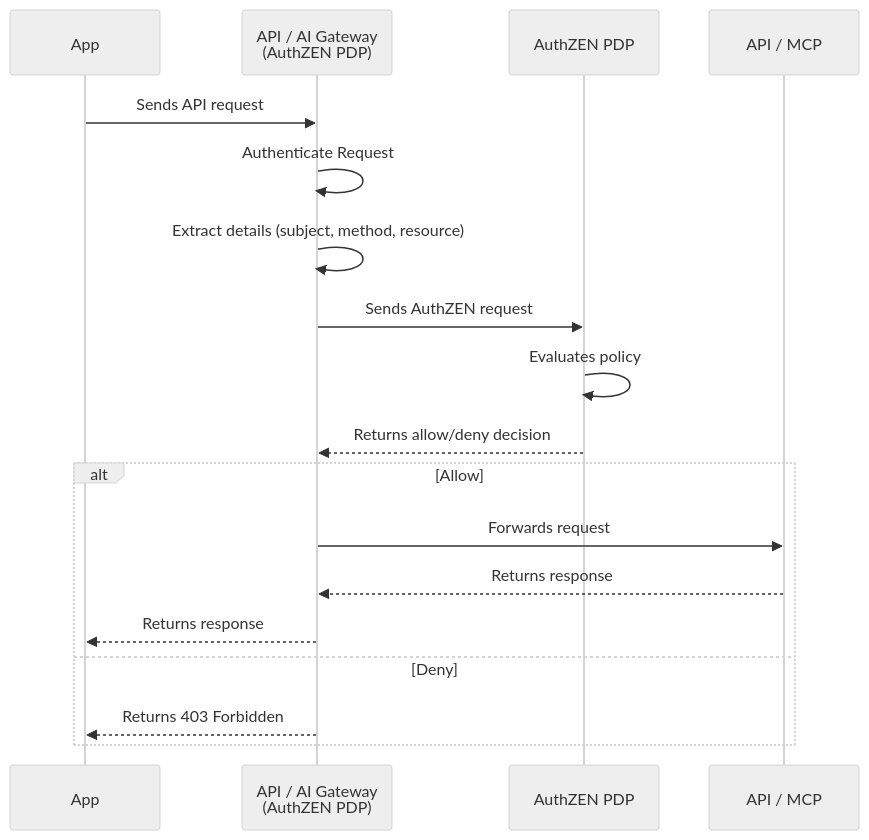
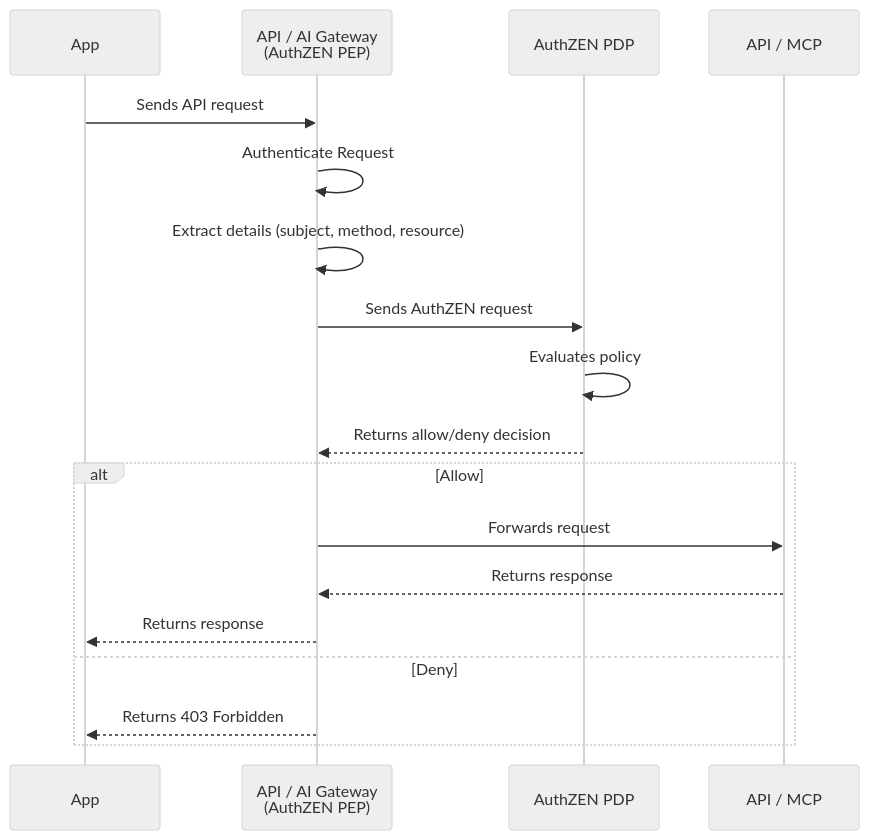
The diagram in README.md (twogenidentity/apisix-authzen), drawn with Mermaid (neutral theme) before and after one commit. The commit also changed other lines of this file and 1 other file, not shown here.

````diff
--- a/README.md
+++ b/README.md
@@ -84,22 +103,22 @@
 ```mermaid
 sequenceDiagram
     participant App
-    participant PEP as API / AI Gateway <br/> (AuthZEN PDP)
+    participant PEP as API / AI Gateway <br/> (AuthZEN PEP)
     participant PDP as AuthZEN PDP
     participant API as API / MCP
 
     App->>PEP: Sends API request
     PEP->>PEP: Authenticate Request
     PEP->>PEP: Extract details (subject, method, resource)
     PEP->>PDP: Sends AuthZEN request
     PDP->>PDP: Evaluates policy
     PDP-->>PEP: Returns allow/deny decision
 
     alt Allow
         PEP->>API: Forwards request
         API-->>PEP: Returns response
         PEP-->>App: Returns response
     else Deny
         PEP-->>App: Returns 403 Forbidden
     end
 ```
````
